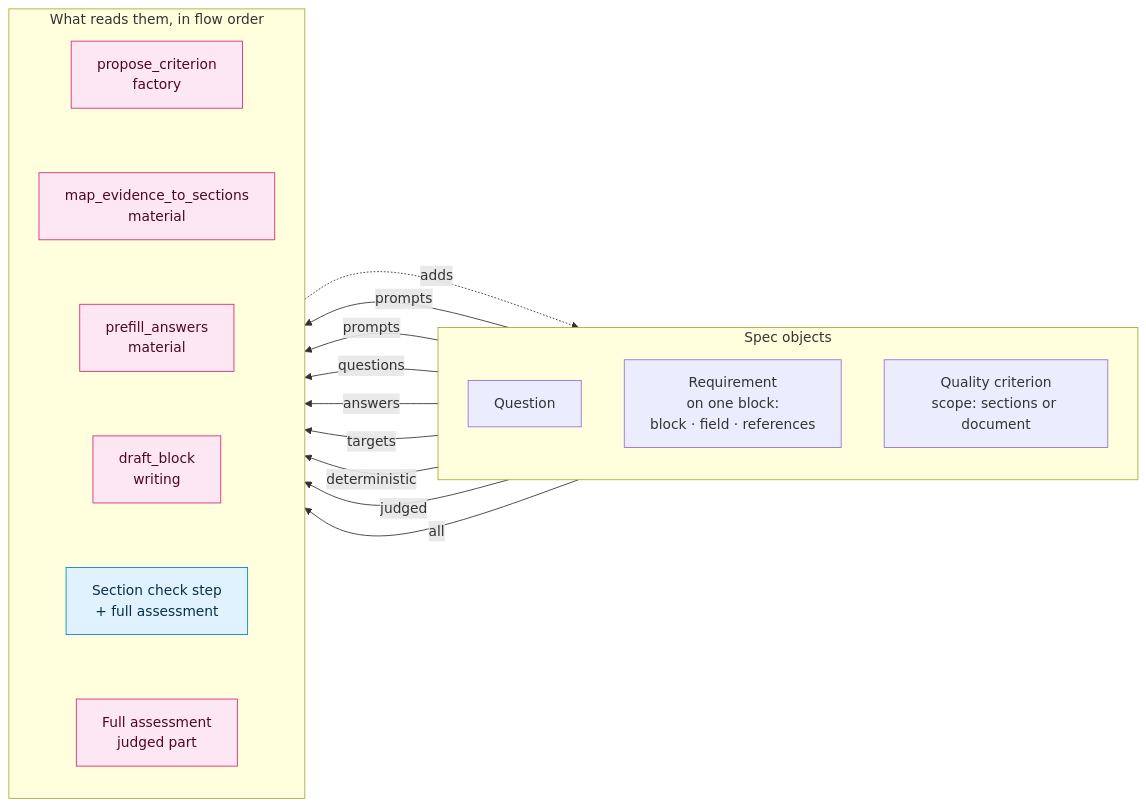
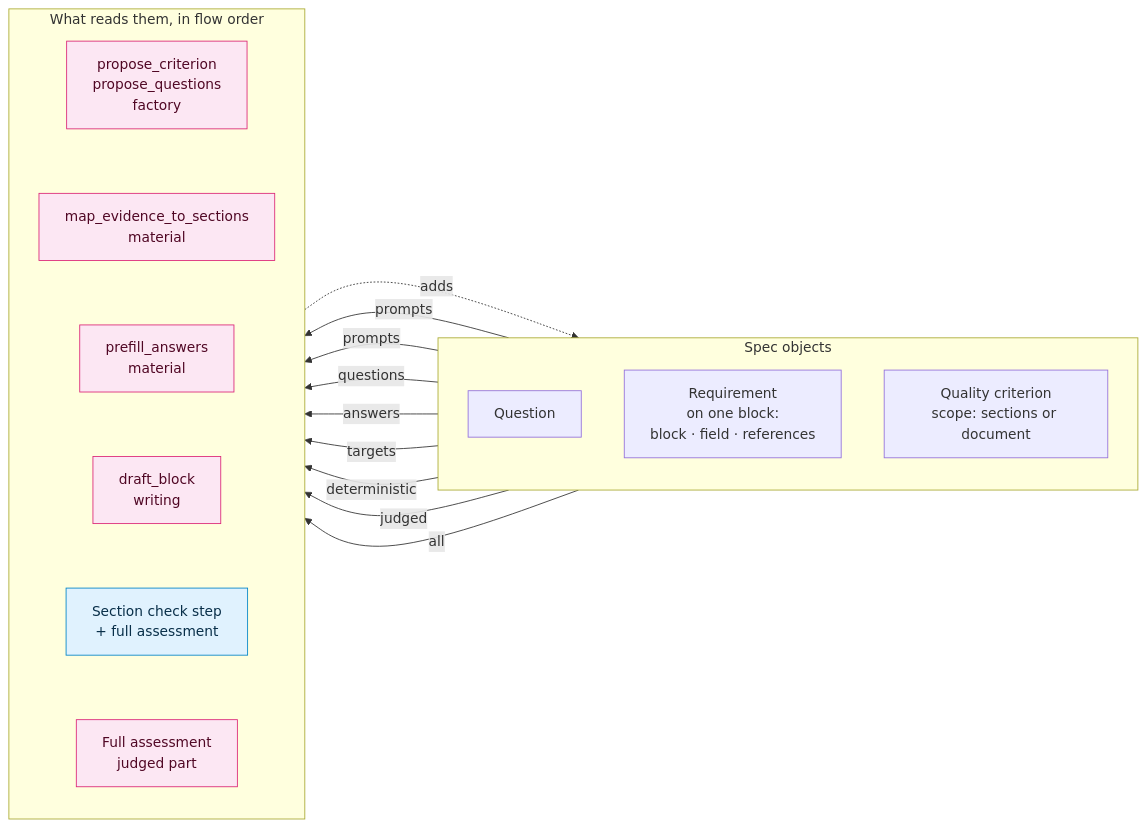
The third of 3 diagrams in docs/FLOWS.md (rlei-odes/lcf), drawn with Mermaid before and after one commit. The commit also changed other lines of this file and 24 other files, not shown here.

````diff
--- a/docs/FLOWS.md
+++ b/docs/FLOWS.md
@@ -193,35 +191,35 @@
 ```mermaid
 flowchart LR
     subgraph SPEC["Spec objects"]
         direction TB
         Q["Question"]
         R["Requirement<br/>on one block:<br/>block · field · references"]
         C["Quality criterion<br/>scope: sections or document"]
     end
 
     subgraph USE["What reads them, in flow order"]
         direction TB
-        PROP["propose_criterion<br/>factory"]
+        PROP["propose_criterion<br/>propose_questions<br/>factory"]
         MAP["map_evidence_to_sections<br/>material"]
         PRE["prefill_answers<br/>material"]
         DRAFT["draft_block<br/>writing"]
         DET["Section check step<br/>+ full assessment"]
         JUDGE["Full assessment<br/>judged part"]
         PROP ~~~ MAP ~~~ PRE ~~~ DRAFT ~~~ DET ~~~ JUDGE
     end
 
     Q -- "prompts" --> PROP
     PROP -. "adds" .-> C
     Q -- "prompts" --> MAP
     Q -- "questions" --> PRE
     Q -- "answers" --> DRAFT
     R -- "targets" --> DRAFT
     R -- "deterministic" --> DET
     R -- "judged" --> JUDGE
     C -- "all" --> JUDGE
 
     classDef llm fill:#fce7f3,stroke:#db2777,color:#500724
     classDef logic fill:#e0f2fe,stroke:#0284c7,color:#082f49
     class PROP,MAP,PRE,DRAFT,JUDGE llm
     class DET logic
 ```
````
